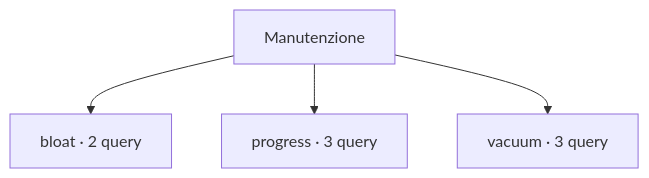
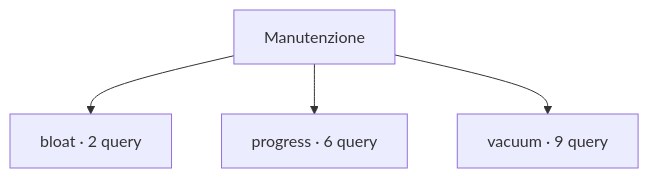
The diagram in scripts/maintenance/README.md (Mohamed-DN/PG-DN_scripts), drawn with Mermaid before and after one commit. The commit also changed other lines of this file and 533 other files, not shown here.

````diff
--- a/scripts/maintenance/README.md
+++ b/scripts/maintenance/README.md
@@ -11,7 +38,7 @@
 ```mermaid
 flowchart TD
     root["Manutenzione"]
     root --> c0["bloat · 2 query"]
-    root --> c1["progress · 3 query"]
-    root --> c2["vacuum · 3 query"]
+    root --> c1["progress · 6 query"]
+    root --> c2["vacuum · 9 query"]
 ```
````
